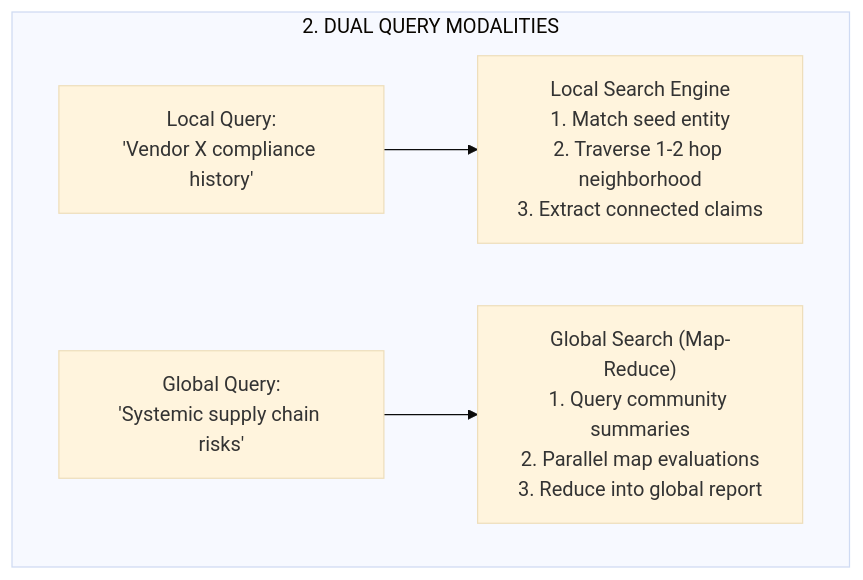
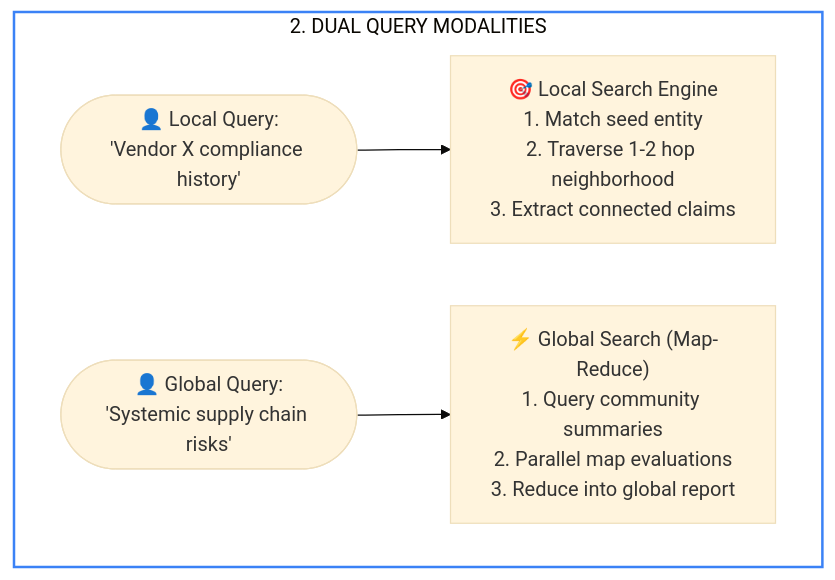
One commit to dip4k/senior-engineer-to-ai-engineer-roadmap changed the third of 4 diagrams in 02-rag-and-knowledge-systems/06-graphrag-and-entity-traversal.md. Above: the diagram before and after it, drawn with Mermaid (base theme). The commit also changed other lines of this file and 39 other files, not shown here.

First line of the commit message:
feat(curriculum): upgrade mermaid diagrams with unicode icons & codify anti-bloat layout rules

````diff
--- a/02-rag-and-knowledge-systems/06-graphrag-and-entity-traversal.md
+++ b/02-rag-and-knowledge-systems/06-graphrag-and-entity-traversal.md
@@ -94,8 +98,9 @@
 ```mermaid
 flowchart TD
     subgraph QueryModes["2. DUAL QUERY MODALITIES"]
-        Q_Local["Local Query:<br>'Vendor X compliance history'"] --> LocalSearch["Local Search Engine<br>1. Match seed entity<br>2. Traverse 1-2 hop neighborhood<br>3. Extract connected claims"]
+        Q_Local(["👤 Local Query:<br>'Vendor X compliance history'"]) --> LocalSearch["🎯 Local Search Engine<br>1. Match seed entity<br>2. Traverse 1-2 hop neighborhood<br>3. Extract connected claims"]
         
-        Q_Global["Global Query:<br>'Systemic supply chain risks'"] --> GlobalSearch["Global Search (Map-Reduce)<br>1. Query community summaries<br>2. Parallel map evaluations<br>3. Reduce into global report"]
+        Q_Global(["👤 Global Query:<br>'Systemic supply chain risks'"]) --> GlobalSearch["⚡ Global Search (Map-Reduce)<br>1. Query community summaries<br>2. Parallel map evaluations<br>3. Reduce into global report"]
     end
+    style QueryModes fill:none,stroke:#3b82f6,stroke-width:2px;
 ```
````
